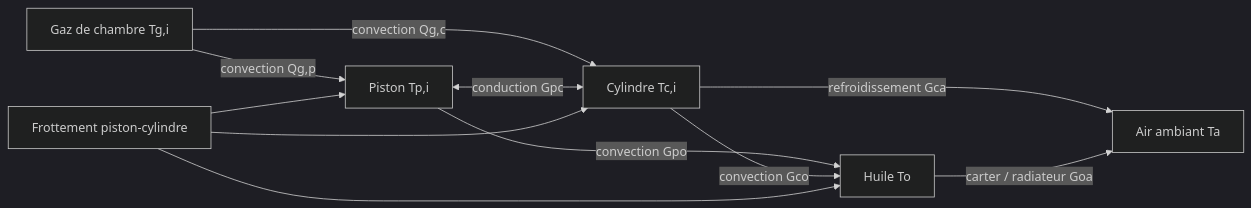
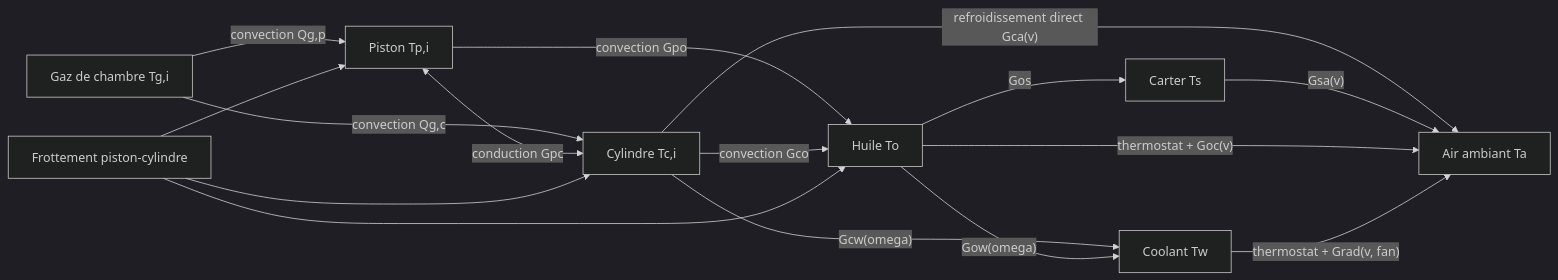
The first of 2 diagrams in ENGINE_THERMAL_MODEL.md (AZERK0/V-Twin), drawn with Mermaid (dark theme) before and after one commit. The commit also changed other lines of this file and 5 other files, not shown here.

````diff
--- a/ENGINE_THERMAL_MODEL.md
+++ b/ENGINE_THERMAL_MODEL.md
@@ -48,13 +53,18 @@
 ```mermaid
 flowchart LR
     G["Gaz de chambre Tg,i"] -->|"convection Qg,p"| P["Piston Tp,i"]
     G -->|"convection Qg,c"| C["Cylindre Tc,i"]
     P <-->|"conduction Gpc"| C
     P -->|"convection Gpo"| O["Huile To"]
     C -->|"convection Gco"| O
-    C -->|"refroidissement Gca"| A["Air ambiant Ta"]
-    O -->|"carter / radiateur Goa"| A
+    C -->|"refroidissement direct Gca(v)"| A["Air ambiant Ta"]
+    C -->|"Gcw(omega)"| W["Coolant Tw"]
+    O -->|"Gow(omega)"| W
+    O -->|"Gos"| S["Carter Ts"]
+    S -->|"Gsa(v)"| A
+    O -->|"thermostat + Goc(v)"| A
+    W -->|"thermostat + Grad(v, fan)"| A
     F["Frottement piston-cylindre"] --> P
     F --> C
     F --> O
 ```
````
